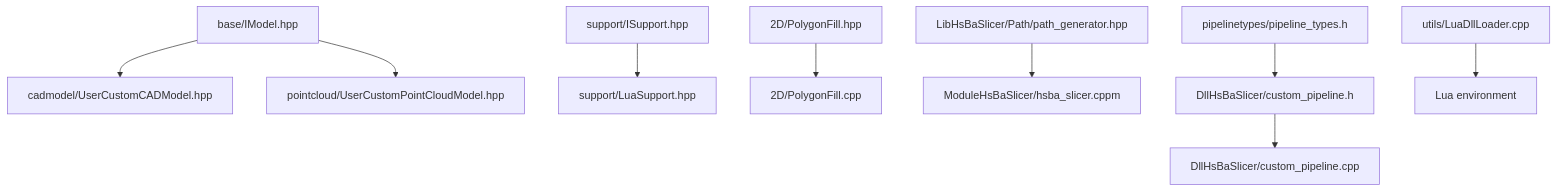
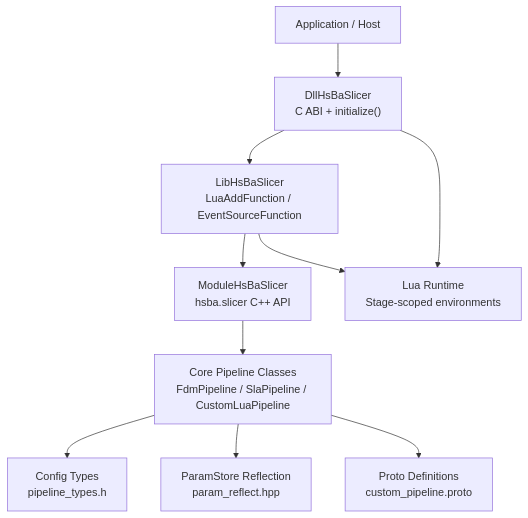
The first of 11 diagrams in .qoder/repowiki/en/content/Extension Development/Extension Development.md (hsmbanlance/HsBaSlicer), drawn with Mermaid before and after one commit. The commit also changed other lines of this file and 1095 other files, not shown here.

````diff
--- a/.qoder/repowiki/en/content/Extension Development/Extension Development.md
+++ b/.qoder/repowiki/en/content/Extension Development/Extension Development.md
@@ -60,11 +51,12 @@
 ```mermaid
 graph TB
-A["base/IModel.hpp"] --> B["cadmodel/UserCustomCADModel.hpp"]
-A --> C["pointcloud/UserCustomPointCloudModel.hpp"]
-D["support/ISupport.hpp"] --> E["support/LuaSupport.hpp"]
-F["2D/PolygonFill.hpp"] --> G["2D/PolygonFill.cpp"]
-H["LibHsBaSlicer/Path/path_generator.hpp"] --> I["ModuleHsBaSlicer/hsba_slicer.cppm"]
-J["DllHsBaSlicer/custom_pipeline.h"] --> K["DllHsBaSlicer/custom_pipeline.cpp"]
-L["pipelinetypes/pipeline_types.h"] --> J
-M["utils/LuaDllLoader.cpp"] --> N["Lua environment"]
+A["Application / Host"] --> B["DllHsBaSlicer<br/>C ABI + initialize()"]
+B --> C["LibHsBaSlicer<br/>LuaAddFunction / EventSourceFunction"]
+C --> D["ModuleHsBaSlicer<br/>hsba.slicer C++ API"]
+D --> E["Core Pipeline Classes<br/>FdmPipeline / SlaPipeline / CustomLuaPipeline"]
+B --> F["Lua Runtime<br/>Stage-scoped environments"]
+C --> F
+E --> G["Config Types<br/>pipeline_types.h"]
+E --> H["ParamStore Reflection<br/>param_reflect.hpp"]
+E --> I["Proto Definitions<br/>custom_pipeline.proto"]
 ```
````
